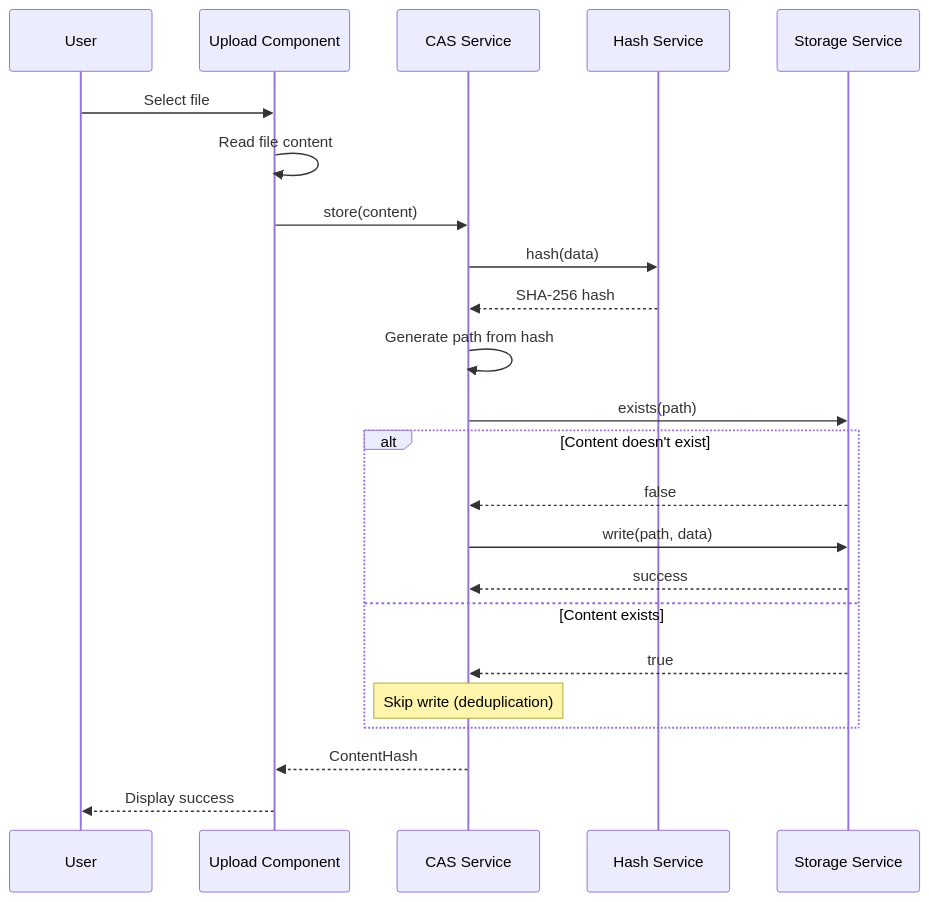
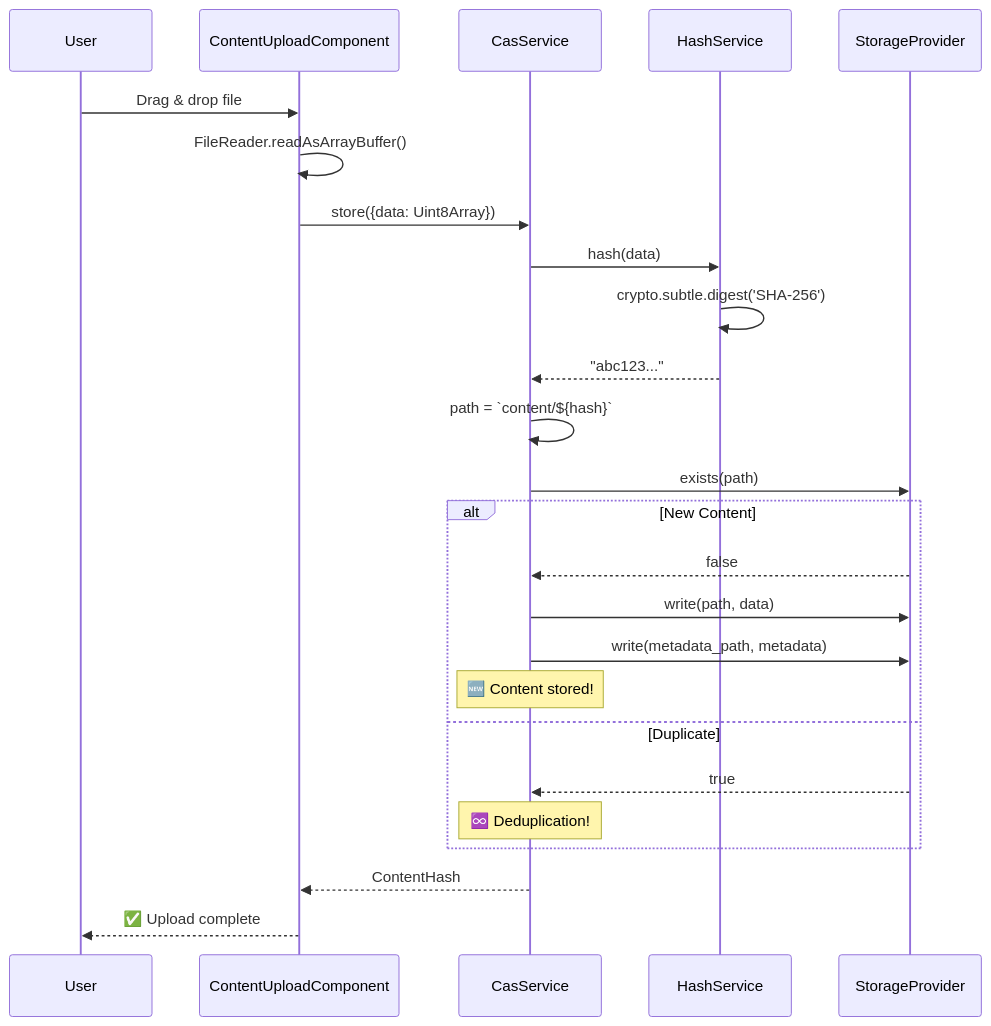
One commit to o2alexanderfedin/angular-cas-disot changed the first of 11 diagrams in docs/architecture/data-flow.md. Above: the diagram before and after it, drawn with Mermaid. The commit also changed other lines of this file and 18 other files, not shown here.

````diff
--- a/docs/architecture/data-flow.md
+++ b/docs/architecture/data-flow.md
@@ -17,28 +17,32 @@
 ```mermaid
 sequenceDiagram
-    participant U as User
-    participant UI as Upload Component
-    participant CAS as CAS Service
-    participant HASH as Hash Service
-    participant STOR as Storage Service
+    participant User
+    participant ContentUploadComponent
+    participant CasService
+    participant HashService
+    participant StorageProvider
     
-    U->>UI: Select file
-    UI->>UI: Read file content
-    UI->>CAS: store(content)
-    CAS->>HASH: hash(data)
-    HASH-->>CAS: SHA-256 hash
-    CAS->>CAS: Generate path from hash
-    CAS->>STOR: exists(path)
+    User->>ContentUploadComponent: Drag & drop file
+    ContentUploadComponent->>ContentUploadComponent: FileReader.readAsArrayBuffer()
+    ContentUploadComponent->>CasService: store({data: Uint8Array})
     
-    alt Content doesn't exist
-        STOR-->>CAS: false
-        CAS->>STOR: write(path, data)
-        STOR-->>CAS: success
-    else Content exists
-        STOR-->>CAS: true
-        Note over CAS: Skip write (deduplication)
+    CasService->>HashService: hash(data)
+    HashService->>HashService: crypto.subtle.digest('SHA-256')
+    HashService-->>CasService: "abc123..."
+    
+    CasService->>CasService: path = `content/${hash}`
+    CasService->>StorageProvider: exists(path)
+    
+    alt New Content
+        StorageProvider-->>CasService: false
+        CasService->>StorageProvider: write(path, data)
+        CasService->>StorageProvider: write(metadata_path, metadata)
+        Note over CasService: 🆕 Content stored!
+    else Duplicate
+        StorageProvider-->>CasService: true
+        Note over CasService: ♾️ Deduplication!
     end
     
-    CAS-->>UI: ContentHash
-    UI-->>U: Display success
+    CasService-->>ContentUploadComponent: ContentHash
+    ContentUploadComponent-->>User: ✅ Upload complete
 ```
````
